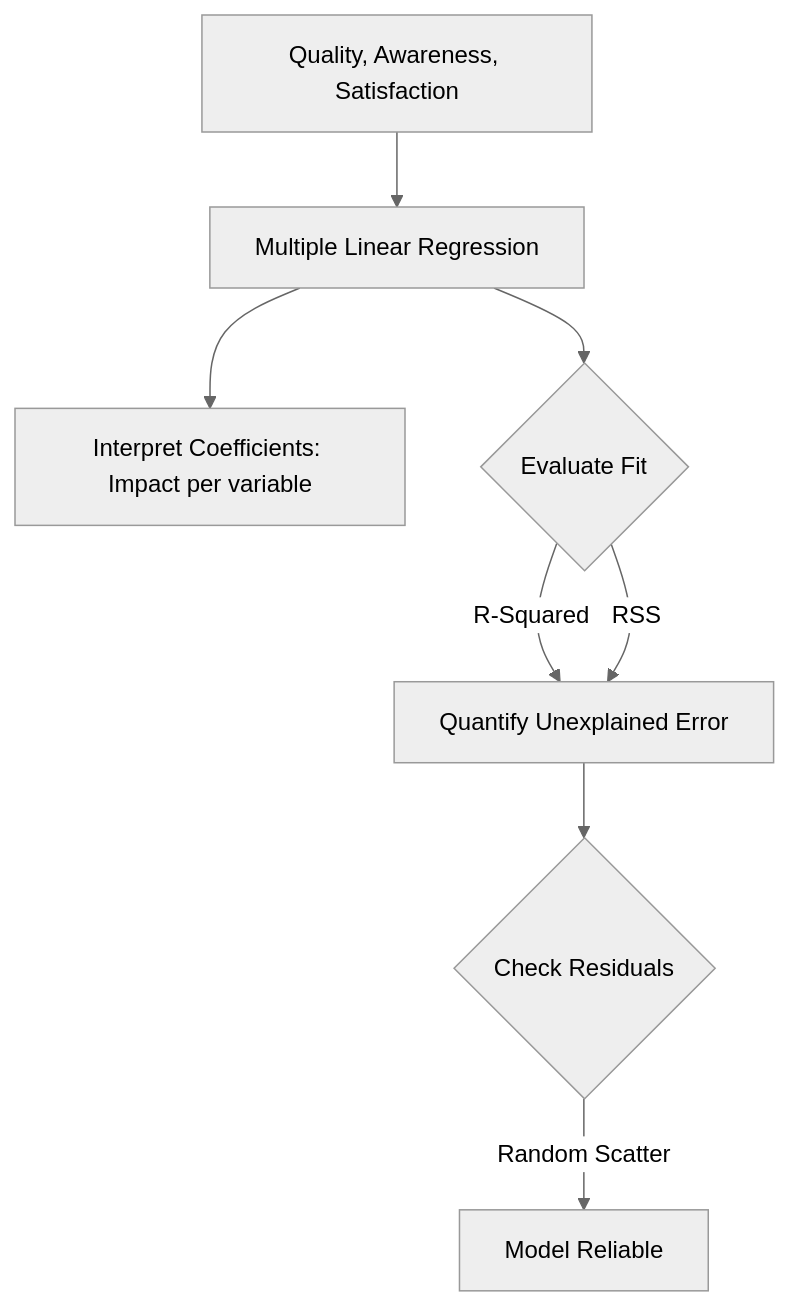
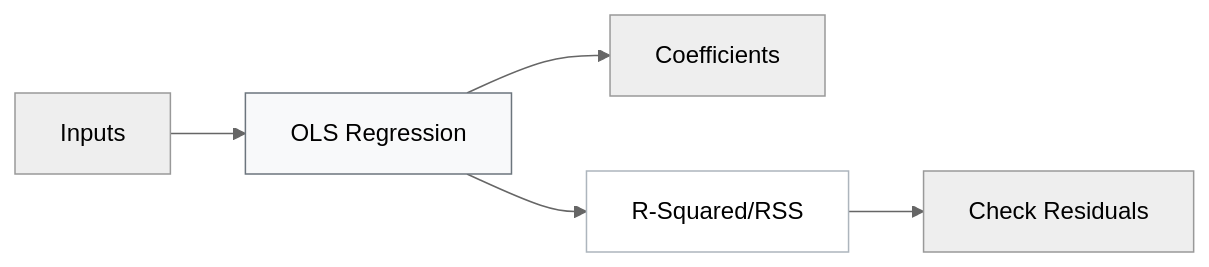
One commit to susanavenda/data_cambridge changed the sixth of 11 diagrams in README.md. Above: the diagram before and after it, drawn with Mermaid (neutral theme). The commit also changed other lines of this file, not shown here.

````diff
--- a/README.md
+++ b/README.md
@@ -182,11 +116,10 @@
 ```mermaid
-graph TD
-    Features[Quality, Awareness, Satisfaction] --> Model[Multiple Linear Regression]
-    Model --> Coeff[Interpret Coefficients: Impact per variable]
-    Model --> Fit{Evaluate Fit}
-    Fit -- "R-Squared" --> Stats[Explain % of Variance]
-    Fit -- "RSS" --> Stats[Quantify Unexplained Error]
-    Stats --> Assumptions{Check Residuals}
-    Assumptions -- "Random Scatter" --> Valid[Model Reliable]
+graph LR
+    Features[Inputs] --> OLS[OLS Regression]
+    OLS --> Coeff[Coefficients]
+    OLS --> Fit[R-Squared/RSS]
+    Fit --> Diagnostics[Check Residuals]
+    style OLS fill:#f8f9fa,stroke:#6c757d
+    style Fit fill:#ffffff,stroke:#adb5bd
 
 ```
````
